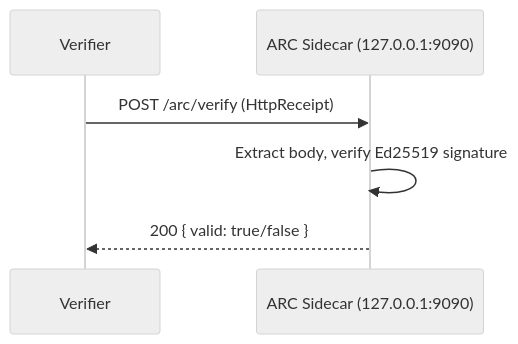
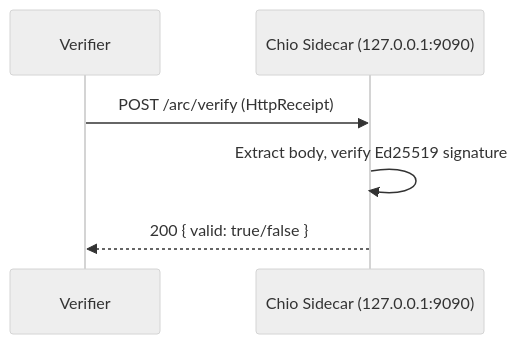
The second of 2 diagrams in spec/HTTP-SUBSTRATE.md (bb-connor/arc), drawn with Mermaid (neutral theme) before and after one commit. The commit also changed other lines of this file and 3351 other files, not shown here.

First line of the commit message:
feat(rename): arc → chio full overhaul

````diff
--- a/spec/HTTP-SUBSTRATE.md
+++ b/spec/HTTP-SUBSTRATE.md
@@ -154,9 +154,9 @@
 ```mermaid
 sequenceDiagram
     participant Verifier
-    participant Sidecar as ARC Sidecar (127.0.0.1:9090)
+    participant Sidecar as Chio Sidecar (127.0.0.1:9090)
 
     Verifier->>Sidecar: POST /arc/verify (HttpReceipt)
     Sidecar->>Sidecar: Extract body, verify Ed25519 signature
     Sidecar-->>Verifier: 200 { valid: true/false }
 ```
````
